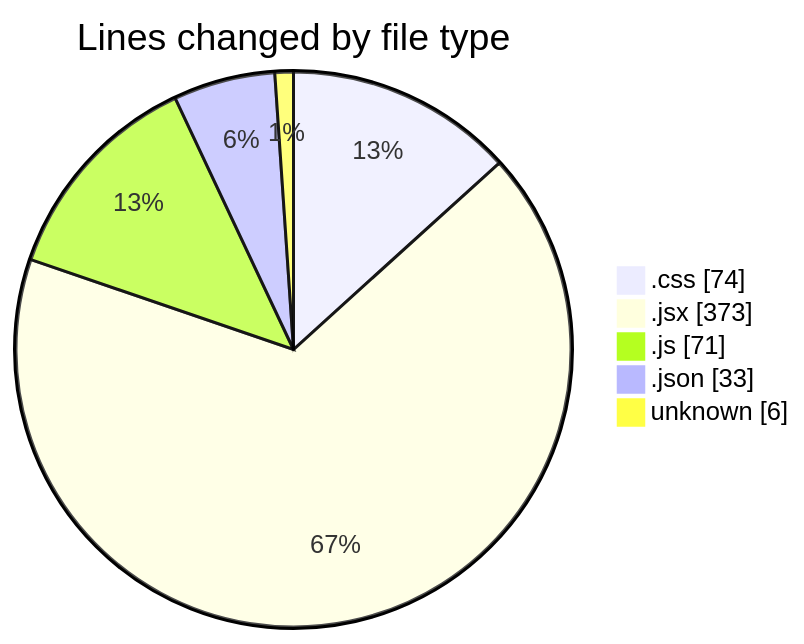
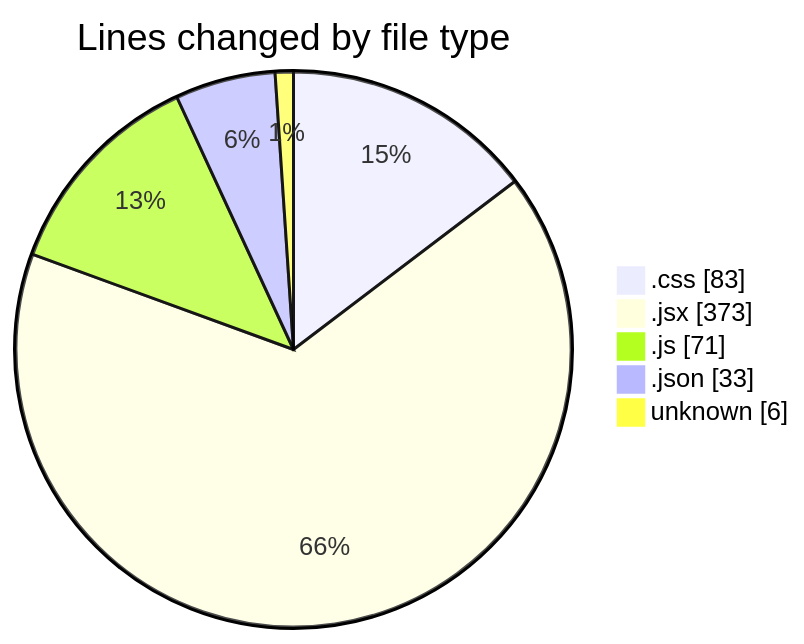
Before and after one commit to Elitesun/code-tracking: the first of 2 diagrams in 2025-02-14/elitegpt/README.md, drawn with Mermaid. The commit also changed other lines of this file and 1 other file, not shown here.

````diff
--- a/2025-02-14/elitegpt/README.md
+++ b/2025-02-14/elitegpt/README.md
@@ -32,9 +32,9 @@
 ```mermaid
 pie showData
 title Lines changed by file type
-".css" : 74
+".css" : 83
 ".jsx" : 373
 ".js" : 71
 ".json" : 33
 "unknown" : 6
 ```
````
